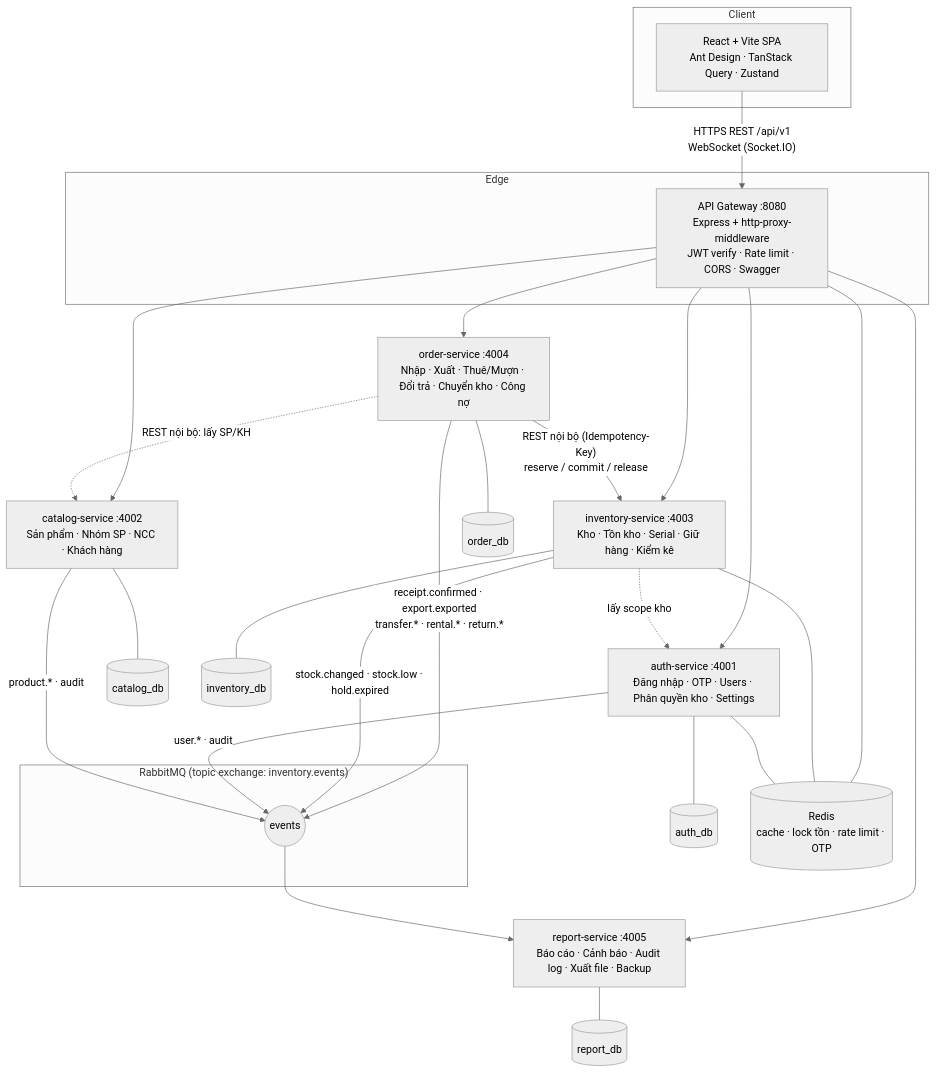
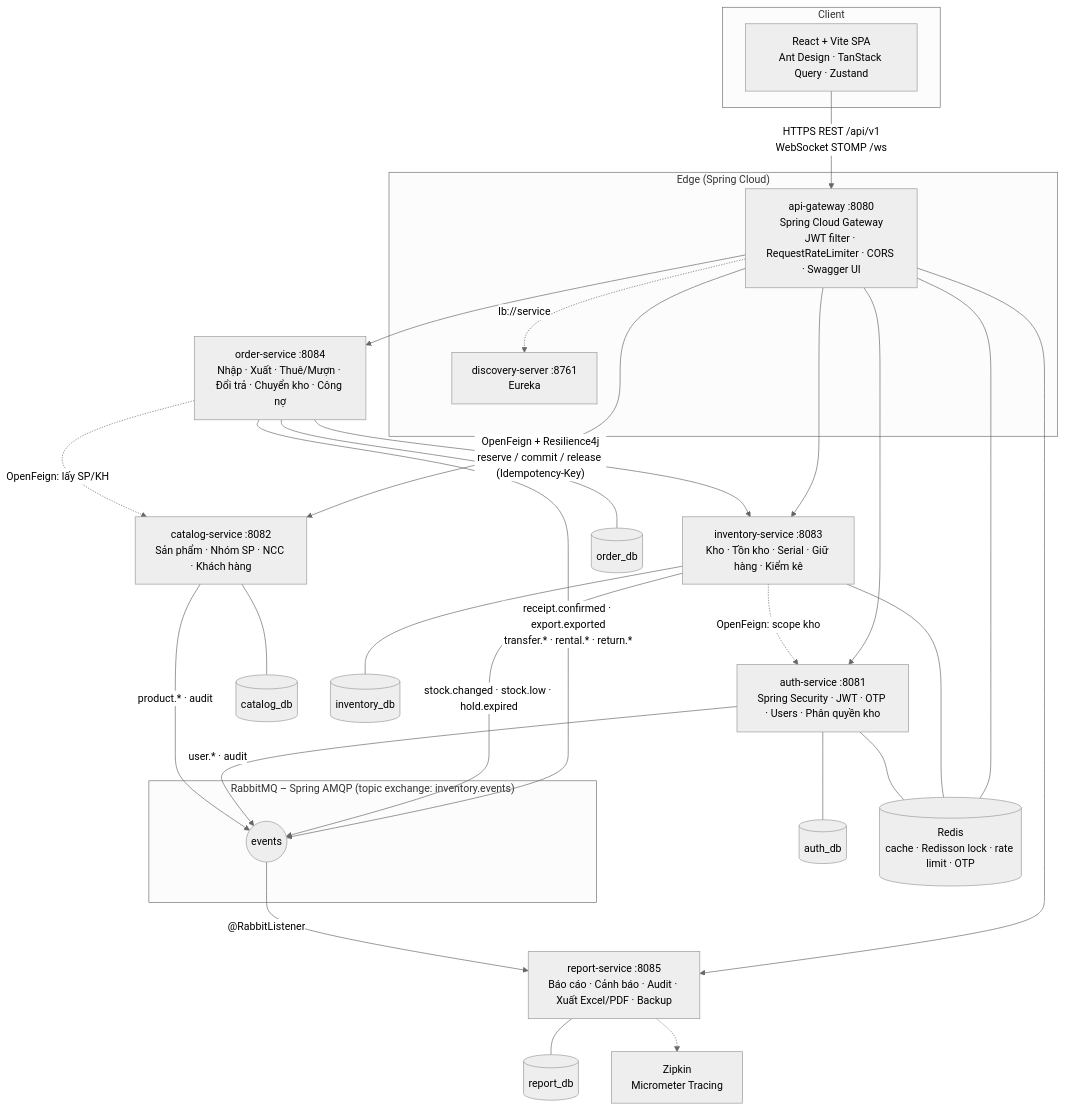
The diagram in Docs/diagrams/mermaid-src/01-kien-truc-he-thong.mmd (Nhatpham12/MicroInvent), drawn with Mermaid (neutral theme) before and after one commit. The commit also changed 11 other files, not shown here.

```diff
--- a/Docs/diagrams/mermaid-src/01-kien-truc-he-thong.mmd
+++ b/Docs/diagrams/mermaid-src/01-kien-truc-he-thong.mmd
@@ -1,33 +1,37 @@
 flowchart TB
   subgraph Client["Client"]
     FE["React + Vite SPA<br/>Ant Design · TanStack Query · Zustand"]
   end
-  FE -- "HTTPS REST /api/v1<br/>WebSocket (Socket.IO)" --> GW
-  subgraph Edge["Edge"]
-    GW["API Gateway :8080<br/>Express + http-proxy-middleware<br/>JWT verify · Rate limit · CORS · Swagger"]
+  FE -- "HTTPS REST /api/v1<br/>WebSocket STOMP /ws" --> GW
+  subgraph Edge["Edge (Spring Cloud)"]
+    GW["api-gateway :8080<br/>Spring Cloud Gateway<br/>JWT filter · RequestRateLimiter · CORS · Swagger UI"]
+    EU["discovery-server :8761<br/>Eureka"]
   end
-  GW --> AUTH["auth-service :4001<br/>Đăng nhập · OTP · Users · Phân quyền kho · Settings"]
-  GW --> CAT["catalog-service :4002<br/>Sản phẩm · Nhóm SP · NCC · Khách hàng"]
-  GW --> INV["inventory-service :4003<br/>Kho · Tồn kho · Serial · Giữ hàng · Kiểm kê"]
-  GW --> ORD["order-service :4004<br/>Nhập · Xuất · Thuê/Mượn · Đổi trả · Chuyển kho · Công nợ"]
-  GW --> REP["report-service :4005<br/>Báo cáo · Cảnh báo · Audit log · Xuất file · Backup"]
-  ORD -- "REST nội bộ (Idempotency-Key)<br/>reserve / commit / release" --> INV
-  ORD -. "REST nội bộ: lấy SP/KH" .-> CAT
-  INV -. "lấy scope kho" .-> AUTH
-  subgraph Bus["RabbitMQ (topic exchange: inventory.events)"]
+  GW -. "lb://service" .-> EU
+  GW --> AUTH["auth-service :8081<br/>Spring Security · JWT · OTP · Users · Phân quyền kho"]
+  GW --> CAT["catalog-service :8082<br/>Sản phẩm · Nhóm SP · NCC · Khách hàng"]
+  GW --> INV["inventory-service :8083<br/>Kho · Tồn kho · Serial · Giữ hàng · Kiểm kê"]
+  GW --> ORD["order-service :8084<br/>Nhập · Xuất · Thuê/Mượn · Đổi trả · Chuyển kho · Công nợ"]
+  GW --> REP["report-service :8085<br/>Báo cáo · Cảnh báo · Audit · Xuất Excel/PDF · Backup"]
+  ORD -- "OpenFeign + Resilience4j<br/>reserve / commit / release (Idempotency-Key)" --> INV
+  ORD -. "OpenFeign: lấy SP/KH" .-> CAT
+  INV -. "OpenFeign: scope kho" .-> AUTH
+  subgraph Bus["RabbitMQ – Spring AMQP (topic exchange: inventory.events)"]
     MQ(("events"))
   end
   ORD -- "receipt.confirmed · export.exported<br/>transfer.* · rental.* · return.*" --> MQ
   INV -- "stock.changed · stock.low · hold.expired" --> MQ
   AUTH -- "user.* · audit" --> MQ
   CAT -- "product.* · audit" --> MQ
-  MQ --> REP
+  MQ -- "@RabbitListener" --> REP
   AUTH --- DB1[("auth_db")]
   CAT --- DB2[("catalog_db")]
   INV --- DB3[("inventory_db")]
   ORD --- DB4[("order_db")]
   REP --- DB5[("report_db")]
-  REDIS[("Redis<br/>cache · lock tồn · rate limit · OTP")]
+  REDIS[("Redis<br/>cache · Redisson lock · rate limit · OTP")]
   GW --- REDIS
   INV --- REDIS
   AUTH --- REDIS
+  ZIP["Zipkin<br/>Micrometer Tracing"]
+  REP -.-> ZIP
```
